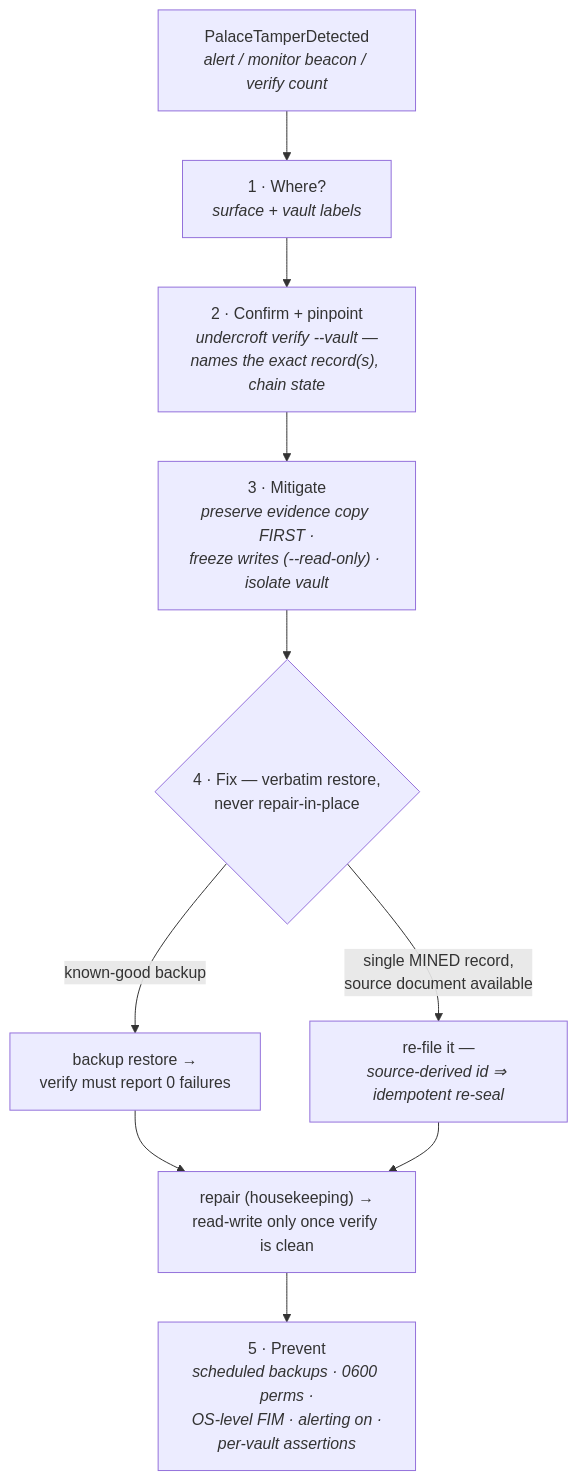
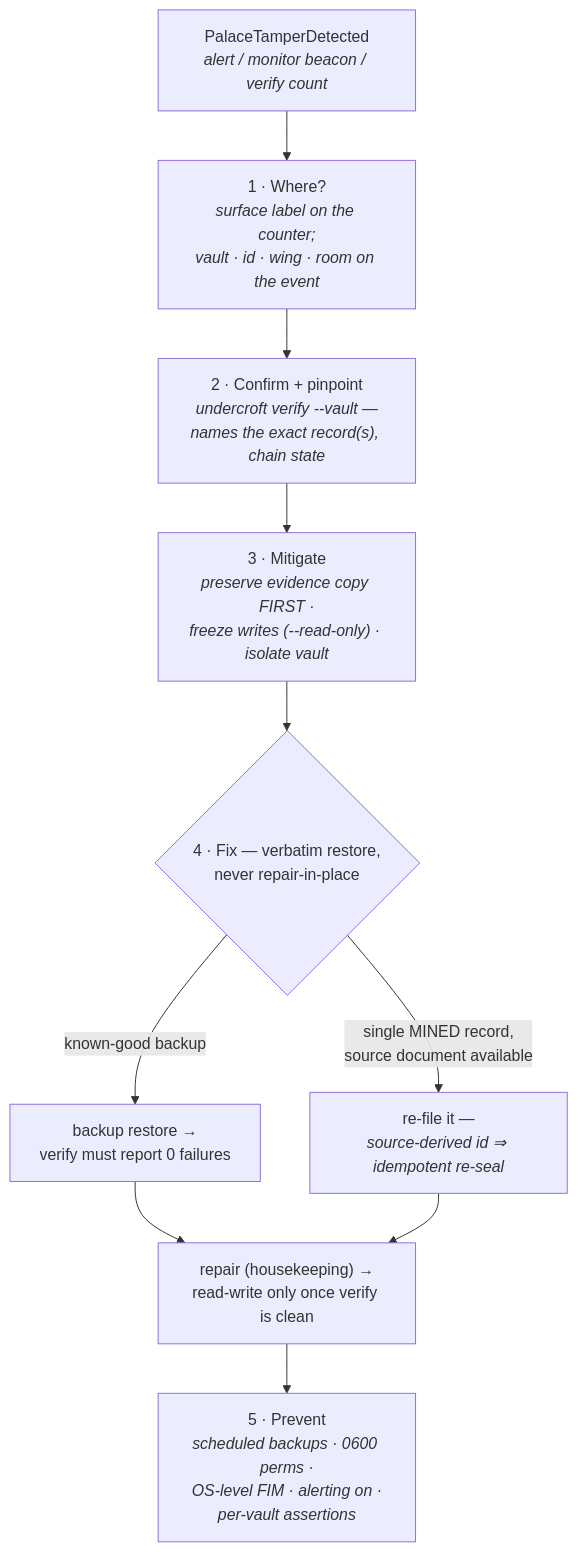
The diagram in website/src/runbook.md (sealcroft/undercroft), drawn with Mermaid before and after one commit. The commit also changed 78 other files, not shown here.

First line of the commit message:
the three diagram sets described a different engine — audited against the code, corrected, and ten views added

````diff
--- a/website/src/runbook.md
+++ b/website/src/runbook.md
@@ -16,12 +16,12 @@
 ```mermaid
 flowchart TB
-    alert["PalaceTamperDetected<br/><i>alert / monitor beacon / verify count</i>"] --> loc["1 · Where?<br/><i>surface + vault labels</i>"]
+    alert["PalaceTamperDetected<br/><i>alert / monitor beacon / verify count</i>"] --> loc["1 · Where?<br/><i>surface label on the counter;<br/>vault · id · wing · room on the event</i>"]
     loc --> conf["2 · Confirm + pinpoint<br/><i>undercroft verify --vault —<br/>names the exact record(s), chain state</i>"]
     conf --> mit["3 · Mitigate<br/><i>preserve evidence copy FIRST ·<br/>freeze writes (--read-only) · isolate vault</i>"]
     mit --> fix{"4 · Fix — verbatim restore,<br/>never repair-in-place"}
     fix -- "known-good backup" --> restore["backup restore →<br/>verify must report 0 failures"]
     fix -- "single MINED record,<br/>source document available" --> refile["re-file it —<br/><i>source-derived id ⇒ idempotent re-seal</i>"]
     restore --> clean["repair (housekeeping) →<br/>read-write only once verify is clean"]
     refile --> clean
     clean --> prev["5 · Prevent<br/><i>scheduled backups · 0600 perms ·<br/>OS-level FIM · alerting on ·<br/>per-vault assertions</i>"]
 ```
````
